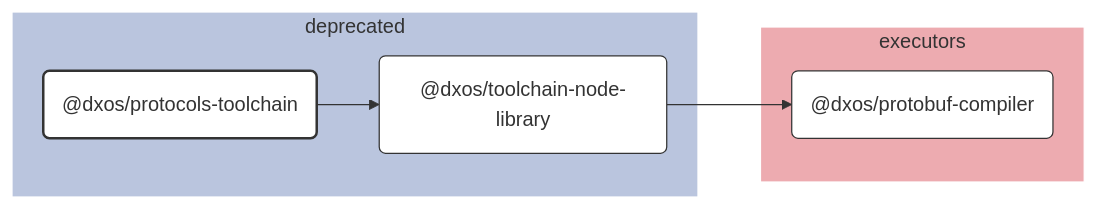
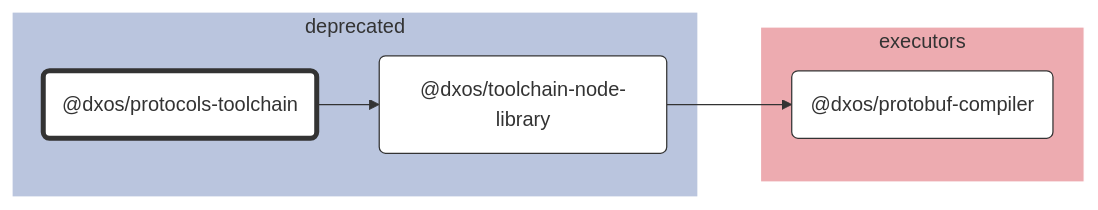
The diagram in tools/deprecated/protocols-toolchain/docs/README.md (dxos/dxos), drawn with Mermaid before and after one commit. The commit also changed 683 other files, not shown here.

````diff
--- a/tools/deprecated/protocols-toolchain/docs/README.md
+++ b/tools/deprecated/protocols-toolchain/docs/README.md
@@ -7,38 +7,30 @@
 ```mermaid
 %%{ init: {'flowchart':{'curve':'basis'}} }%%
 
 flowchart LR
 
-%% Links
-dxos/protocols-toolchain --> dxos/toolchain-node-library;
-dxos/toolchain-node-library --> dxos/protobuf-compiler;
+%% Classes
+classDef def fill:#fff,stroke:#333,stroke-width:1px
+classDef root fill:#fff,stroke:#333,stroke-width:4px
 
-%% Sections
-subgraph deprecated
-  style deprecated fill:#bac5de,stroke:#fff;
+%% Nodes
 
-  dxos/protocols-toolchain("@dxos/protocols-toolchain")
-  dxos/toolchain-node-library("@dxos/toolchain-node-library")
+subgraph deprecated [deprecated]
+  style deprecated fill:#bac5de,stroke:#fff
+  dxos/protocols-toolchain("@dxos/protocols-toolchain"):::root
+  click dxos/protocols-toolchain "dxos/dxos/tree/main/tools/deprecated/protocols-toolchain/docs"
+  dxos/toolchain-node-library("@dxos/toolchain-node-library"):::def
+  click dxos/toolchain-node-library "dxos/dxos/tree/main/tools/deprecated/toolchain-node-library/docs"
 end
 
-subgraph executors
-  style executors fill:#edabb0,stroke:#fff;
-
-  dxos/protobuf-compiler("@dxos/protobuf-compiler")
+subgraph executors [executors]
+  style executors fill:#edabb0,stroke:#fff
+  dxos/protobuf-compiler("@dxos/protobuf-compiler"):::def
+  click dxos/protobuf-compiler "dxos/dxos/tree/main/tools/executors/protobuf-compiler/docs"
 end
 
-
-%% Hyperlinks
-click dxos/protobuf-compiler "dxos/dxos/tree/main/tools/executors/protobuf-compiler/docs";
-click dxos/toolchain-node-library "dxos/dxos/tree/main/tools/deprecated/toolchain-node-library/docs";
-
-%% Styles
-classDef rootNode fill:#fff,stroke:#333,stroke-width:2px
-classDef defaultNode fill:#fff,stroke:#333,stroke-width:1px
+%% Links
 linkStyle default stroke:#333,stroke-width:1px
-
-dxos/protocols-toolchain:::rootNode
-
-dxos/protobuf-compiler:::defaultNode
-dxos/toolchain-node-library:::defaultNode
+dxos/protocols-toolchain --> dxos/toolchain-node-library
+dxos/toolchain-node-library --> dxos/protobuf-compiler
 ```
````
